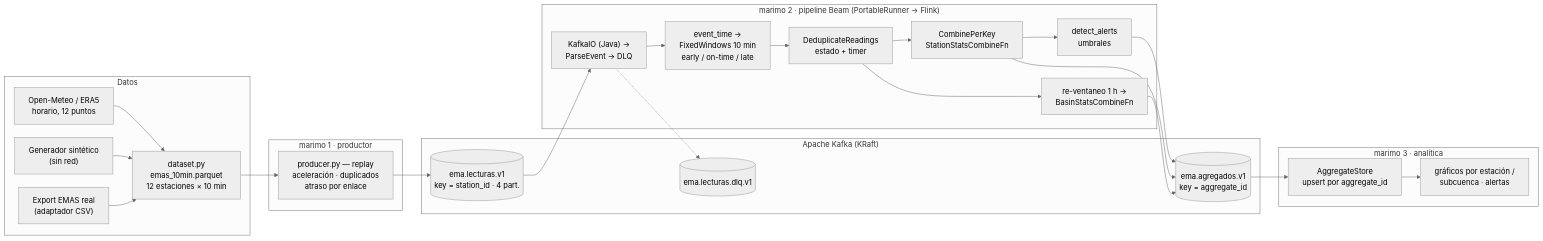
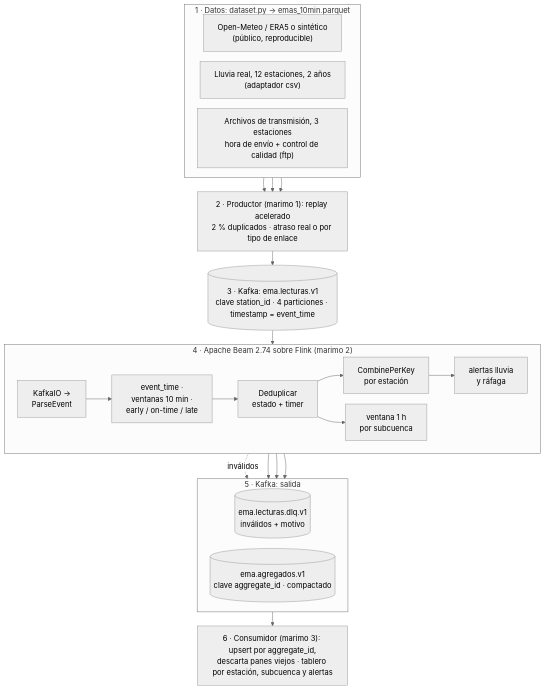
Before and after one commit to abarchello/fpuna-curso-streaming: the diagram in trabajo-final/img/arquitectura.mmd, drawn with Mermaid. The commit also changed 6 other files, not shown here.

Commit message:
Trabajo final: documento técnico, diagrama vertical, ensayo en Flink y límites del watermark

```diff
--- a/trabajo-final/img/arquitectura.mmd
+++ b/trabajo-final/img/arquitectura.mmd
@@ -1,47 +1,42 @@
-%%{init: {"theme": "neutral", "flowchart": {"curve": "basis", "nodeSpacing": 28, "rankSpacing": 40}}}%%
-flowchart LR
-    subgraph DATOS["Datos"]
-        OM["Open-Meteo / ERA5<br/>horario, 12 puntos"]
-        SYN["Generador sintético<br/>(sin red)"]
-        CSV["Export EMAS real<br/>(adaptador CSV)"]
-        DS["dataset.py<br/>emas_10min.parquet<br/>12 estaciones × 10 min"]
-        OM --> DS
-        SYN --> DS
-        CSV --> DS
+%%{init: {"theme": "neutral", "flowchart": {"curve": "basis", "nodeSpacing": 22, "rankSpacing": 30, "wrappingWidth": 260}}}%%
+flowchart TB
+    subgraph DATOS["1 · Datos: dataset.py → emas_10min.parquet"]
+        direction LR
+        OM["Open-Meteo / ERA5 o sintético<br/>(público, reproducible)"]
+        CSV["Lluvia real, 12 estaciones, 2 años<br/>(adaptador csv)"]
+        FTP["Archivos de transmisión, 3 estaciones<br/>hora de envío + control de calidad (ftp)"]
     end
 
-    subgraph PROD["marimo 1 · productor"]
-        REP["producer.py — replay<br/>aceleración · duplicados<br/>atraso por enlace"]
-    end
-    DS --> REP
+    REP["2 · Productor (marimo 1): replay acelerado<br/>2 % duplicados · atraso real o por tipo de enlace"]
+    OM --> REP
+    CSV --> REP
+    FTP --> REP
 
-    subgraph KAFKA["Apache Kafka (KRaft)"]
-        T1[("ema.lecturas.v1<br/>key = station_id · 4 part.")]
-        DLQ[("ema.lecturas.dlq.v1")]
-        T2[("ema.agregados.v1<br/>key = aggregate_id")]
-    end
+    T1[("3 · Kafka: ema.lecturas.v1<br/>clave station_id · 4 particiones · timestamp = event_time")]
     REP --> T1
 
-    subgraph BEAM["marimo 2 · pipeline Beam (PortableRunner → Flink)"]
-        P1["KafkaIO (Java) →<br/>ParseEvent → DLQ"]
-        P2["event_time →<br/>FixedWindows 10 min<br/>early / on-time / late"]
-        P3["DeduplicateReadings<br/>estado + timer"]
-        P4["CombinePerKey<br/>StationStatsCombineFn"]
-        P5["re-ventaneo 1 h →<br/>BasinStatsCombineFn"]
-        P6["detect_alerts<br/>umbrales"]
-        P1 --> P2 --> P3 --> P4
+    subgraph BEAM["4 · Apache Beam 2.74 sobre Flink (marimo 2)"]
+        direction LR
+        P1["KafkaIO →<br/>ParseEvent"]
+        P2["event_time ·<br/>ventanas 10 min ·<br/>early / on-time / late"]
+        P3["Deduplicar<br/>estado + timer"]
+        P4["CombinePerKey<br/>por estación"]
+        P5["ventana 1 h<br/>por subcuenca"]
+        P6["alertas lluvia<br/>y ráfaga"]
+        P1 --> P2 --> P3 --> P4 --> P6
         P3 --> P5
-        P4 --> P6
     end
     T1 --> P1
-    P1 -.-> DLQ
+
+    subgraph SALIDA["5 · Kafka: salida"]
+        direction LR
+        DLQ[("ema.lecturas.dlq.v1<br/>inválidos + motivo")]
+        T2[("ema.agregados.v1<br/>clave aggregate_id · compactado")]
+    end
+    P1 -. inválidos .-> DLQ
     P4 --> T2
     P5 --> T2
     P6 --> T2
 
-    subgraph ANA["marimo 3 · analítica"]
-        ST["AggregateStore<br/>upsert por aggregate_id"]
-        DASH["gráficos por estación /<br/>subcuenca · alertas"]
-        ST --> DASH
-    end
-    T2 --> ST
+    DASH["6 · Consumidor (marimo 3): upsert por aggregate_id,<br/>descarta panes viejos · tablero por estación, subcuenca y alertas"]
+    T2 --> DASH
```
